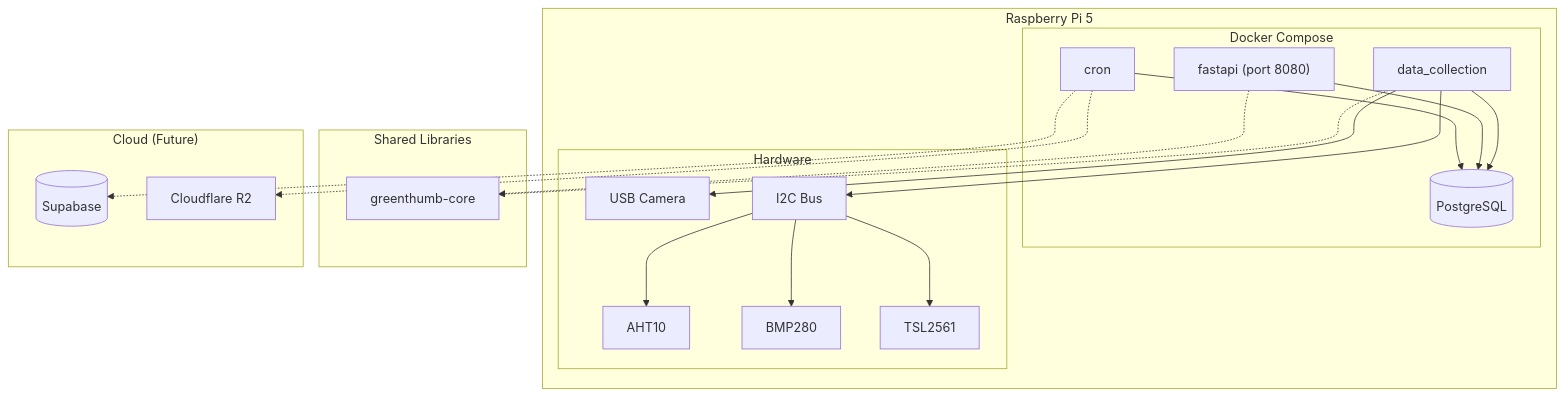
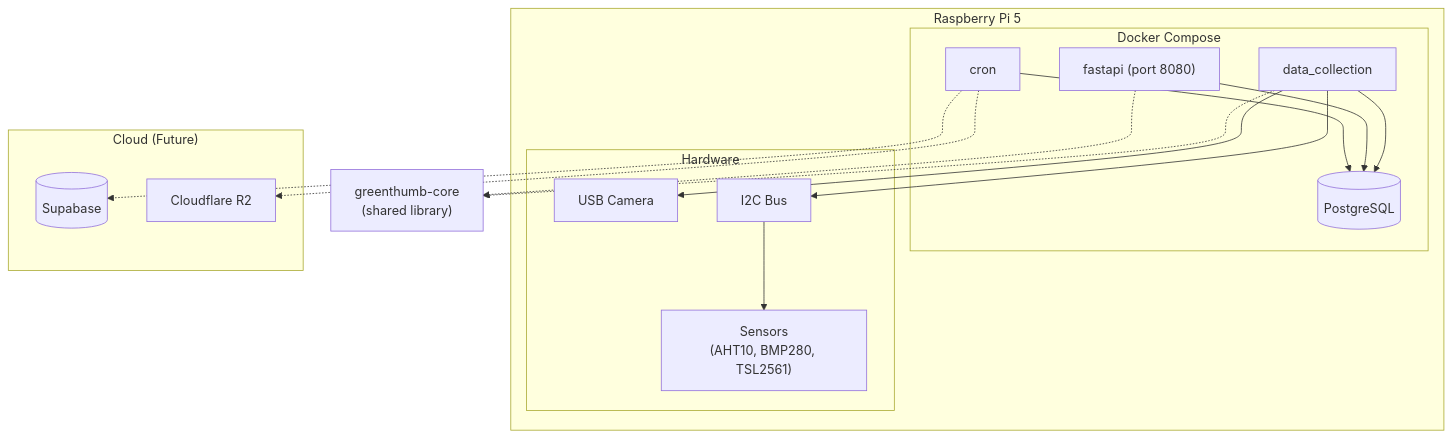
The first of 3 diagrams in docs/architecture/overview.md (GreenThumbProject/docs), drawn with Mermaid before and after one commit. The commit also changed other lines of this file and 14 other files, not shown here.

Commit message:
docs: add initial documentation covering development, research, architecture, and components.

````diff
--- a/docs/architecture/overview.md
+++ b/docs/architecture/overview.md
@@ -7,41 +7,42 @@
 ```mermaid
 graph TB
-    subgraph "Raspberry Pi 5"
-        subgraph "Docker Compose"
+    subgraph RPI["Raspberry Pi 5"]
+        subgraph Docker["Docker Compose"]
             DC["data_collection"]
             API["fastapi (port 8080)"]
             DB[(PostgreSQL)]
             CRON["cron"]
         end
         
-        subgraph "Hardware"
+        subgraph HW["Hardware"]
             CAM[USB Camera]
             I2C[I2C Bus]
-            AHT[AHT10]
-            BMP[BMP280]
-            TSL[TSL2561]
+            SENSORS["Sensors<br/>(AHT10, BMP280, TSL2561)"]
         end
     end
     
-    subgraph "Shared Libraries"
-        CORE["greenthumb-core"]
-    end
+    CORE["greenthumb-core<br/>(shared library)"]
     
-    subgraph "Cloud (Future)"
+    subgraph Cloud["Cloud (Future)"]
         SUPA[(Supabase)]
         R2[Cloudflare R2]
     end
     
-    DC --> DB
+    %% Hardware connections
+    I2C --> SENSORS
     DC --> CAM
     DC --> I2C
-    I2C --> AHT
-    I2C --> BMP
-    I2C --> TSL
+    
+    %% Service connections
+    DC --> DB
     API --> DB
     CRON --> DB
+    
+    %% Library dependencies
+    DC -.-> CORE
+    API -.-> CORE
+    
+    %% Future cloud connections
     CRON -.-> SUPA
     CRON -.-> R2
-    DC -.-> CORE
-    API -.-> CORE
 ```
````
